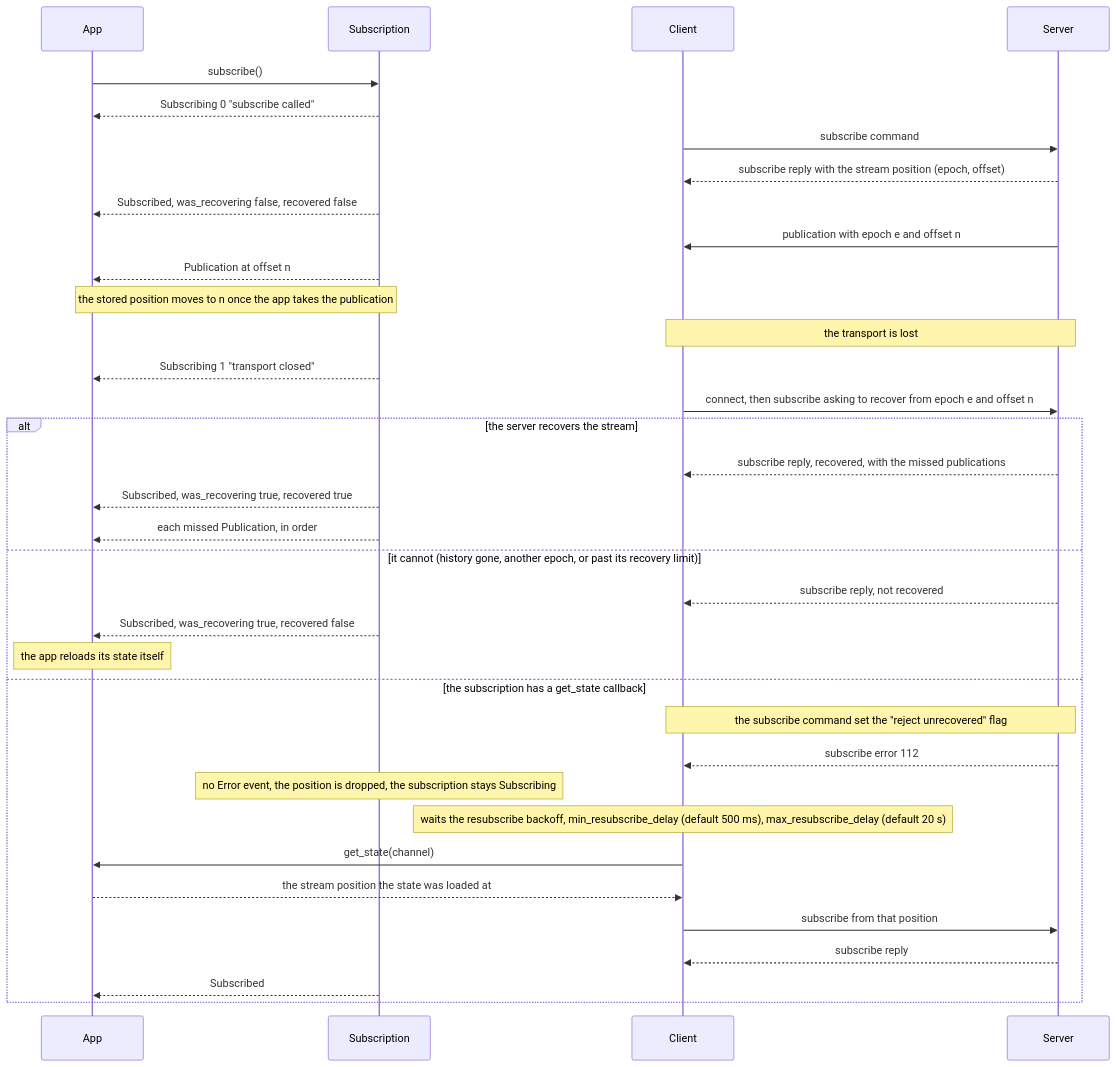
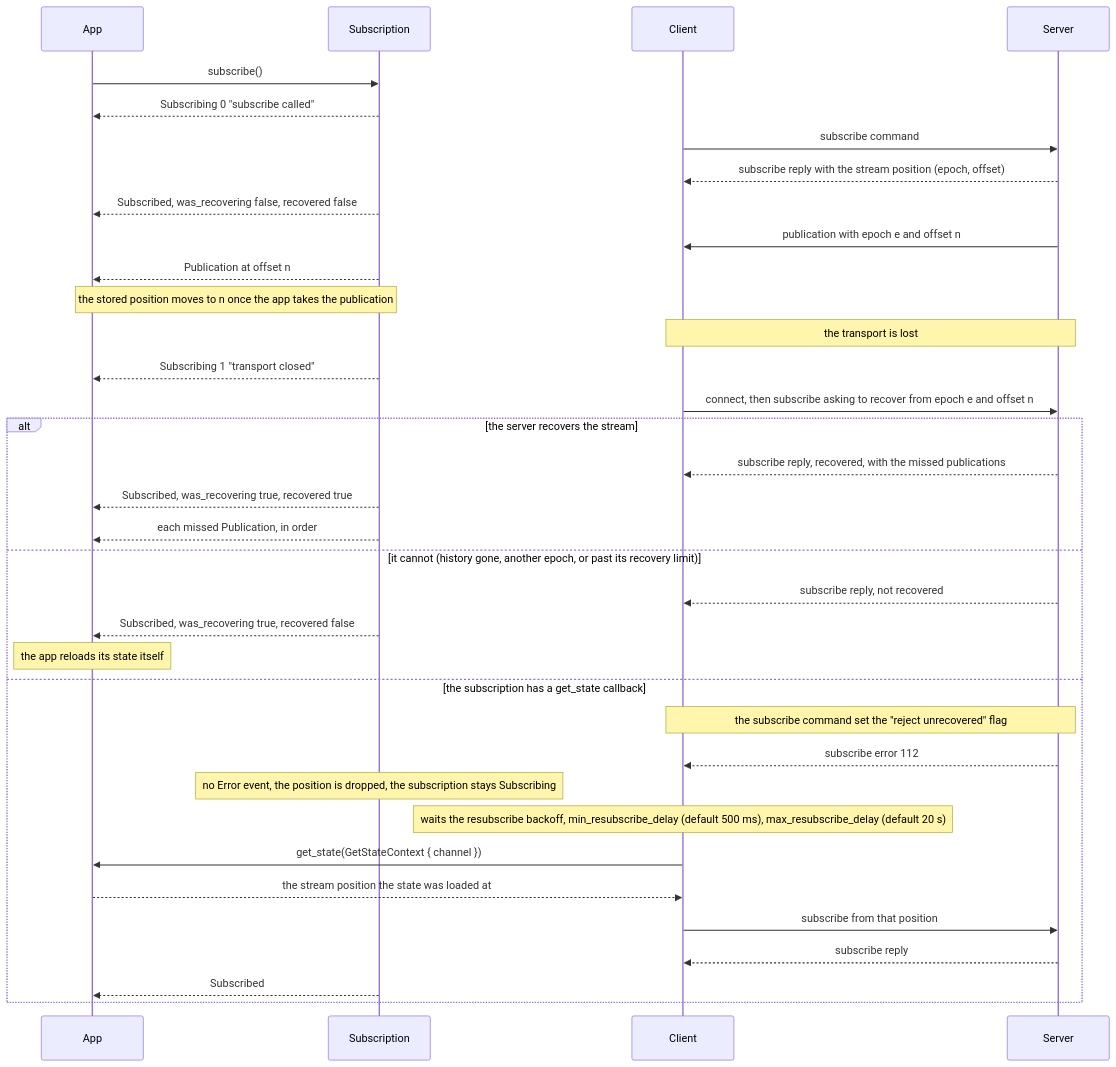
Before and after one commit to jbiscella/ferrifuge: the third of 6 diagrams in docs/protocol.md, drawn with Mermaid. The commit also changed other lines of this file and 39 other files, not shown here.

````diff
--- a/docs/protocol.md
+++ b/docs/protocol.md
@@ -101,37 +101,37 @@
 ```mermaid
 sequenceDiagram
     participant App
     participant Sub as Subscription
     participant Client
     participant Server
     App->>Sub: subscribe()
     Sub-->>App: Subscribing 0 "subscribe called"
     Client->>Server: subscribe command
     Server-->>Client: subscribe reply with the stream position (epoch, offset)
     Sub-->>App: Subscribed, was_recovering false, recovered false
     Server->>Client: publication with epoch e and offset n
     Sub-->>App: Publication at offset n
     Note over App,Sub: the stored position moves to n once the app takes the publication
     Note over Client,Server: the transport is lost
     Sub-->>App: Subscribing 1 "transport closed"
     Client->>Server: connect, then subscribe asking to recover from epoch e and offset n
     alt the server recovers the stream
         Server-->>Client: subscribe reply, recovered, with the missed publications
         Sub-->>App: Subscribed, was_recovering true, recovered true
         Sub-->>App: each missed Publication, in order
     else it cannot (history gone, another epoch, or past its recovery limit)
         Server-->>Client: subscribe reply, not recovered
         Sub-->>App: Subscribed, was_recovering true, recovered false
         Note over App: the app reloads its state itself
     else the subscription has a get_state callback
         Note over Client,Server: the subscribe command set the "reject unrecovered" flag
         Server-->>Client: subscribe error 112
         Note over Sub: no Error event, the position is dropped, the subscription stays Subscribing
         Note over Client: waits the resubscribe backoff, min_resubscribe_delay (default 500 ms), max_resubscribe_delay (default 20 s)
-        Client->>App: get_state(channel)
+        Client->>App: get_state(GetStateContext { channel })
         App-->>Client: the stream position the state was loaded at
         Client->>Server: subscribe from that position
         Server-->>Client: subscribe reply
         Sub-->>App: Subscribed
     end
 ```
````
